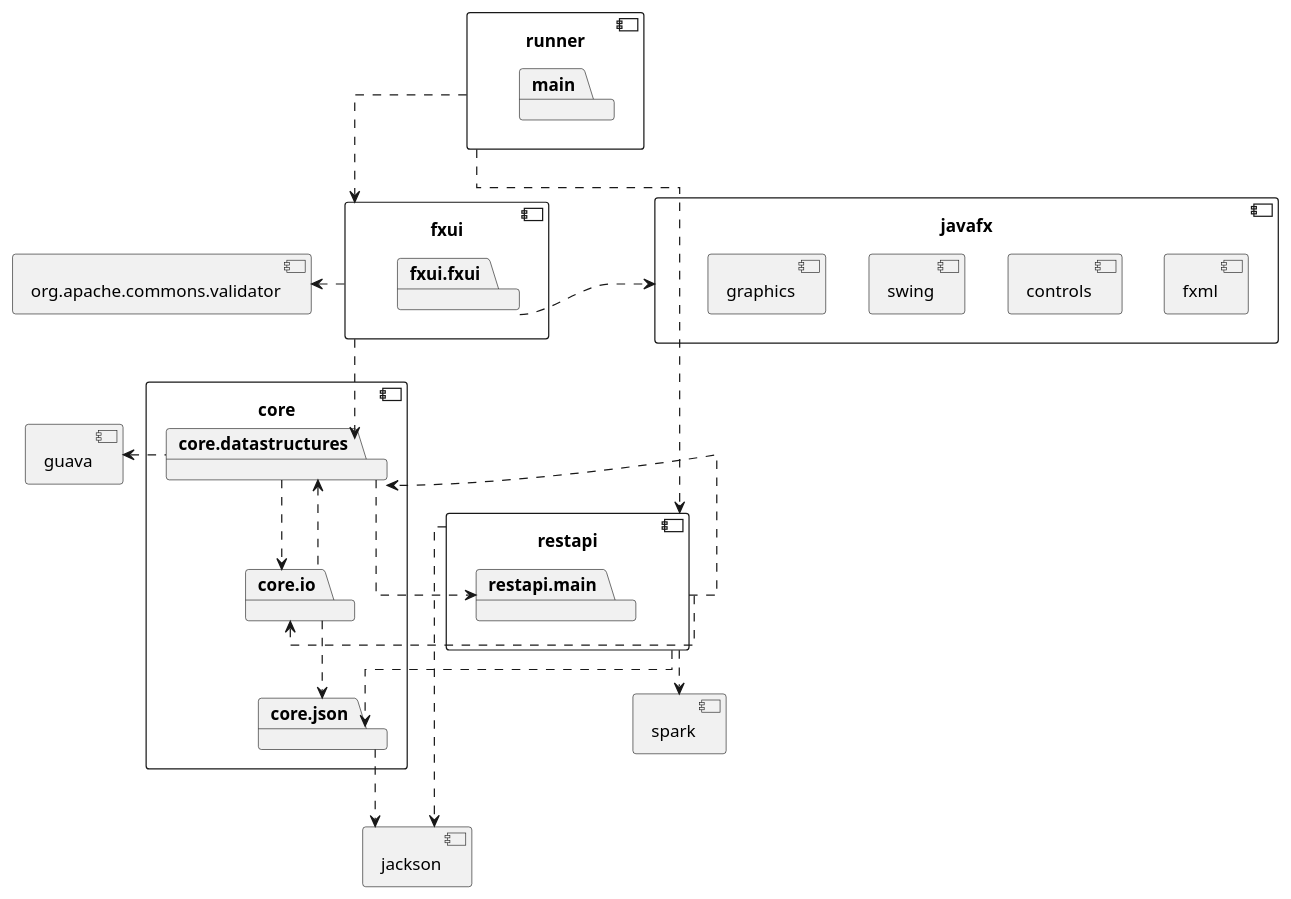
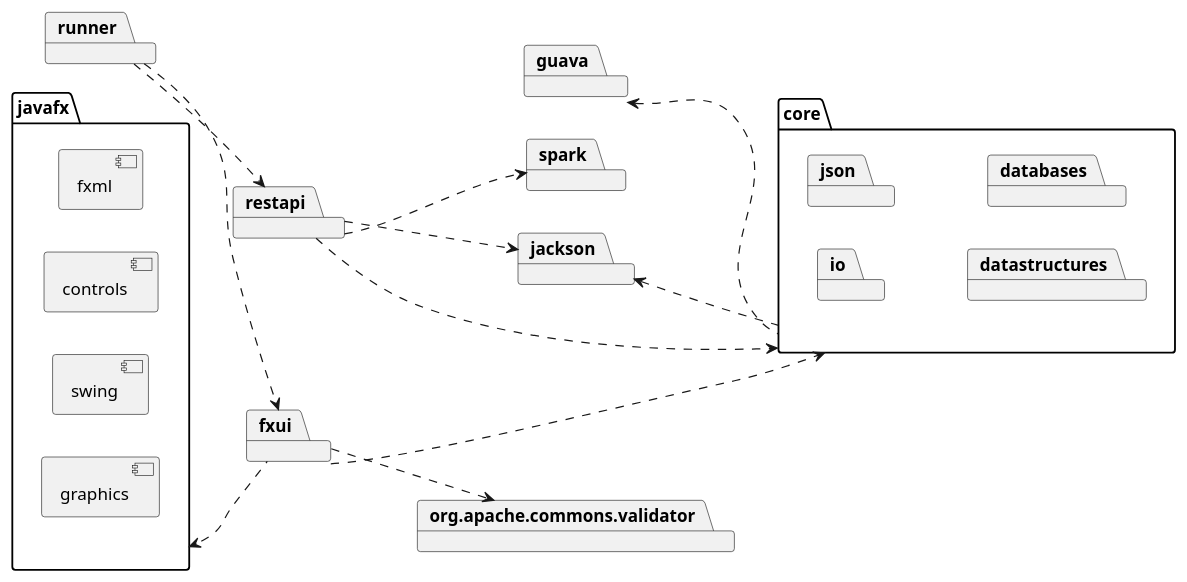
Before and after one commit to olepbr/it1901: the first of 3 diagrams in mememedb/README.md, drawn with PlantUML.

Commit message:
Updated package diagram

````diff
--- a/mememedb/README.md
+++ b/mememedb/README.md
@@ -23,65 +23,64 @@
 ```plantuml
-skinparam linetype ortho
+left to right direction
 
-component core {
-	package core.io
-	package core.json
-	package core.datastructures
+package core {
+    package io
+    package json
+    package datastructures
+    package databases
 }
 
-component restapi {
-    package restapi.main
+
+package restapi {
 }
 
-component runner {
-    package main
+package spark{
 }
 
-component jackson {
+package runner {
 }
 
-component guava{
+package jackson {
 }
 
-component org.apache.commons.validator{
+package guava{
 }
 
-component spark{
+package org.apache.commons.validator{
 }
 
+
+package fxui {
+}
+
+package javafx {
+    component fxml {
+    }
+    component controls{
+    }
+    component swing{
+    }
+    component graphics{
+    }
+}
+
+restapi ..> spark
 restapi ..> jackson
-restapi ..> spark
-restapi ..> core.datastructures
-restapi .left.> core.io
-restapi ..> core.json
+restapi ..> core
 
-core.json ..> jackson
-core.datastructures .down.> core.io
-core.datastructures ..> restapi.main
-core.io .up.> core.datastructures
-core.io ..> core.json
-core.datastructures .left.> guava
+core .up.> jackson
+core .up.> guava
+
 runner ..> fxui
 runner ..> restapi
 
+guava -[hidden] jackson
+guava -[hidden] spark
+guava -[hidden] org.apache.commons.validator
+jackson -[hidden] org.apache.commons.validator
+javafx -[hidden] org.apache.commons.validator
 
-component fxui {
-	package fxui.fxui
-}
-
-fxui ..> core.datastructures
-fxui .left.> org.apache.commons.validator
-
-component javafx {
-	component fxml {
-	}
-	component controls{
-	}
-	component swing{
-	}
-	component graphics{
-	}
-}
-
-fxui.fxui .right.> javafx
+fxui ..> core
+fxui .up.> javafx
+fxui ..> org.apache.commons.validator
 ```
````
